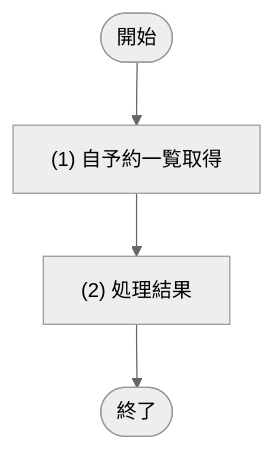
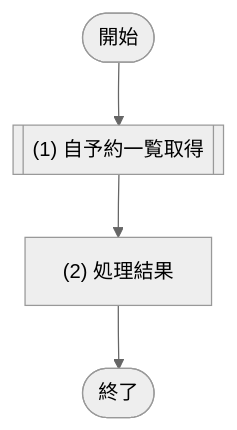
One commit to sikakou54/system-document-template changed the fifth of 5 diagrams in docs/03_機能設計/05_モジュール設計/MOD-003_予約サービス.md. Above: the diagram before and after it, drawn with Mermaid (neutral theme). The commit also changed other lines of this file and 28 other files, not shown here.

````diff
--- a/docs/03_機能設計/05_モジュール設計/MOD-003_予約サービス.md
+++ b/docs/03_機能設計/05_モジュール設計/MOD-003_予約サービス.md
@@ -672,9 +672,9 @@
 ```mermaid
 flowchart TD
   Start([開始])
-  P1["(1) 自予約一覧取得"]
+  P1[["(1) 自予約一覧取得"]]
   P2["(2) 処理結果"]
   End([終了])
 
   Start --> P1 --> P2 --> End
 ```
````
